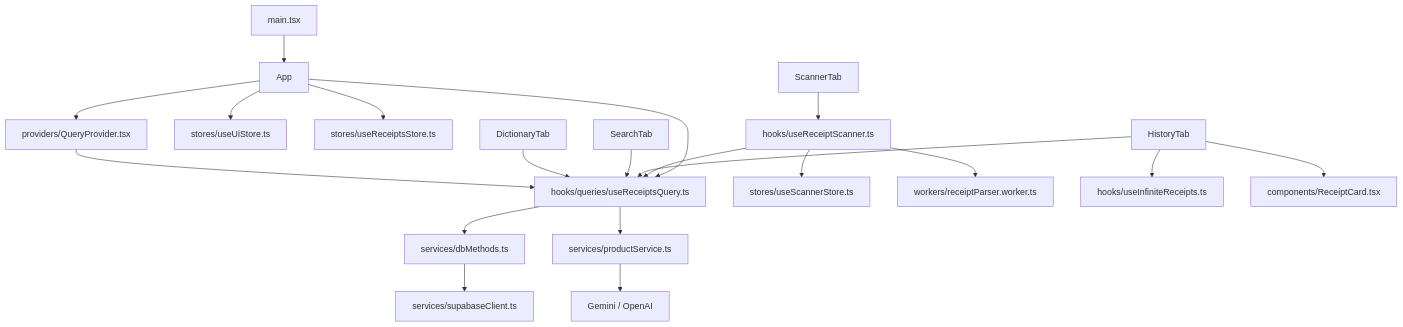
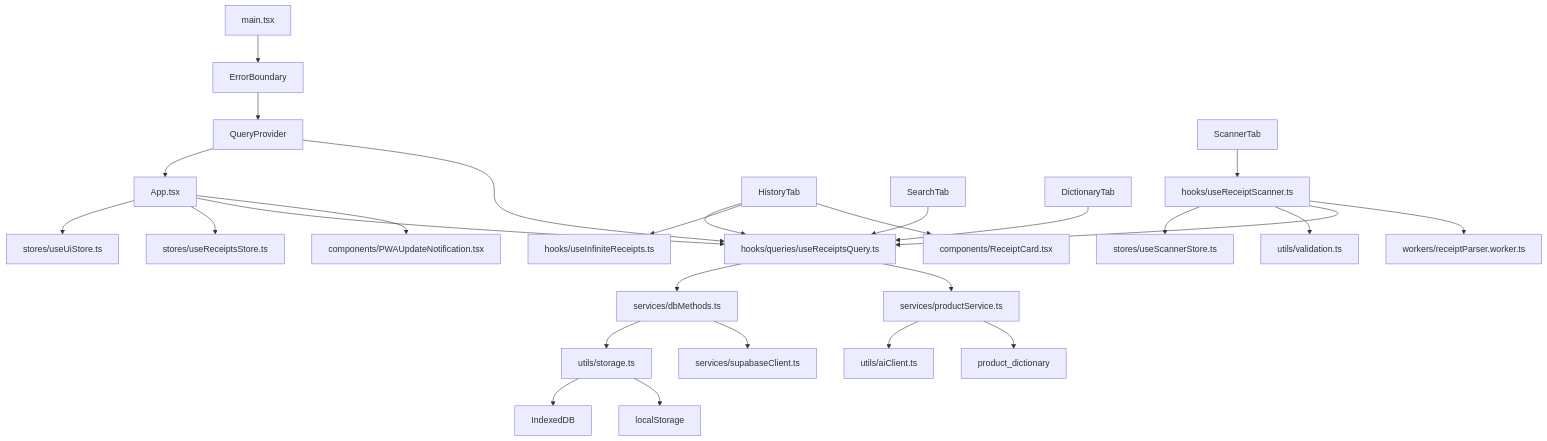
Before and after one commit to Bosguega/my_mercado: the second of 2 diagrams in ARCHITECTURE.md, drawn with Mermaid. The commit also changed other lines of this file and 11 other files, not shown here.

````diff
--- a/ARCHITECTURE.md
+++ b/ARCHITECTURE.md
@@ -289,29 +447,37 @@
 ```mermaid
 graph TD
-    main["main.tsx"] --> App
-    App --> QueryProvider["providers/QueryProvider.tsx"]
+    main["main.tsx"] --> ErrorBoundary["ErrorBoundary"]
+    ErrorBoundary --> QueryProvider["QueryProvider"]
+    QueryProvider --> App["App.tsx"]
 
     App --> uiStore["stores/useUiStore.ts"]
     App --> receiptsStore["stores/useReceiptsStore.ts"]
     App --> receiptsQuery["hooks/queries/useReceiptsQuery.ts"]
+    App --> pwaUpdate["components/PWAUpdateNotification.tsx"]
 
     ScannerTab --> scannerHook["hooks/useReceiptScanner.ts"]
     scannerHook --> scannerStore["stores/useScannerStore.ts"]
+    scannerHook --> validation["utils/validation.ts"]
     scannerHook --> receiptsQuery
     scannerHook --> worker["workers/receiptParser.worker.ts"]
 
     HistoryTab --> receiptsQuery
     HistoryTab --> infiniteHook["hooks/useInfiniteReceipts.ts"]
     HistoryTab --> ReceiptCard["components/ReceiptCard.tsx"]
 
     SearchTab --> receiptsQuery
     DictionaryTab --> receiptsQuery
 
     receiptsQuery --> dbMethods["services/dbMethods.ts"]
+    dbMethods --> storage["utils/storage.ts"]
+    dbMethods --> supabase["services/supabaseClient.ts"]
+    
     receiptsQuery --> productService["services/productService.ts"]
-
-    dbMethods --> supabase["services/supabaseClient.ts"]
-    productService --> ai["Gemini / OpenAI"]
+    productService --> ai["utils/aiClient.ts"]
+    productService --> dictionary["product_dictionary"]
 
     QueryProvider --> receiptsQuery
+    
+    storage --> indexedDB["IndexedDB"]
+    storage --> localStorage["localStorage"]
 ```
````
